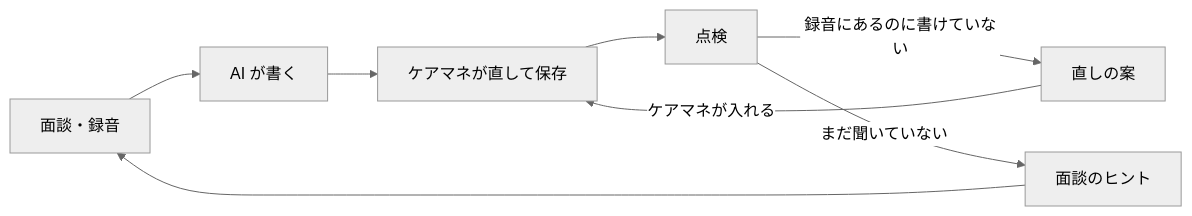
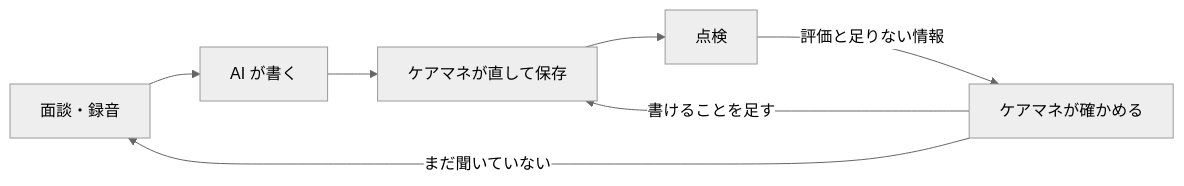
The second of 2 diagrams in docs/再設計/16_書類と点検の基盤.md (Devfest-Hackathon-2026/df-2026-t062), drawn with Mermaid (neutral theme) before and after one commit. The commit also changed other lines of this file and 1 other file, not shown here.

````diff
--- a/docs/再設計/16_書類と点検の基盤.md
+++ b/docs/再設計/16_書類と点検の基盤.md
@@ -149,10 +153,9 @@
 ```mermaid
 flowchart LR
   I["面談・録音"] --> W["AI が書く"]
   W --> C["ケアマネが直して保存"]
   C --> K["点検"]
-  K -->|録音にあるのに書けていない| E["直しの案"]
-  E -->|ケアマネが入れる| C
-  K -->|まだ聞いていない| H["面談のヒント"]
-  H --> I
+  K -->|評価と足りない情報| M["ケアマネが確かめる"]
+  M -->|書けることを足す| C
+  M -->|まだ聞いていない| I
 ```
````
